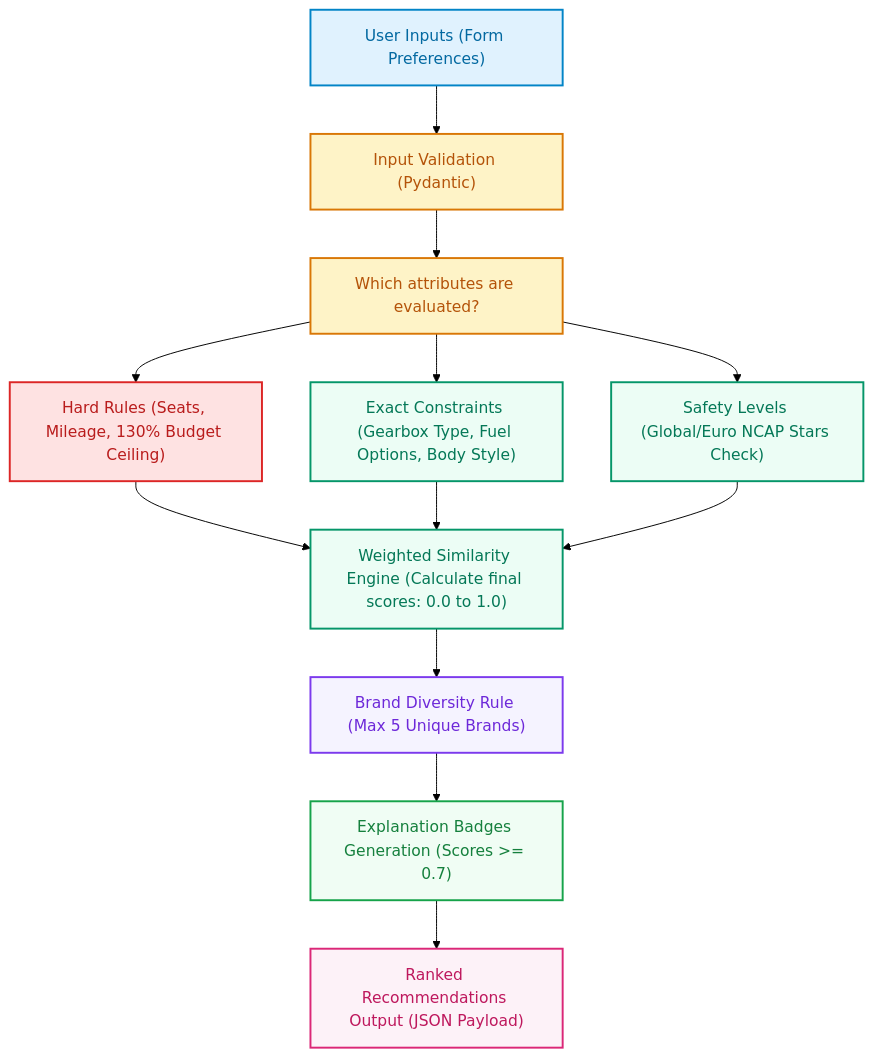
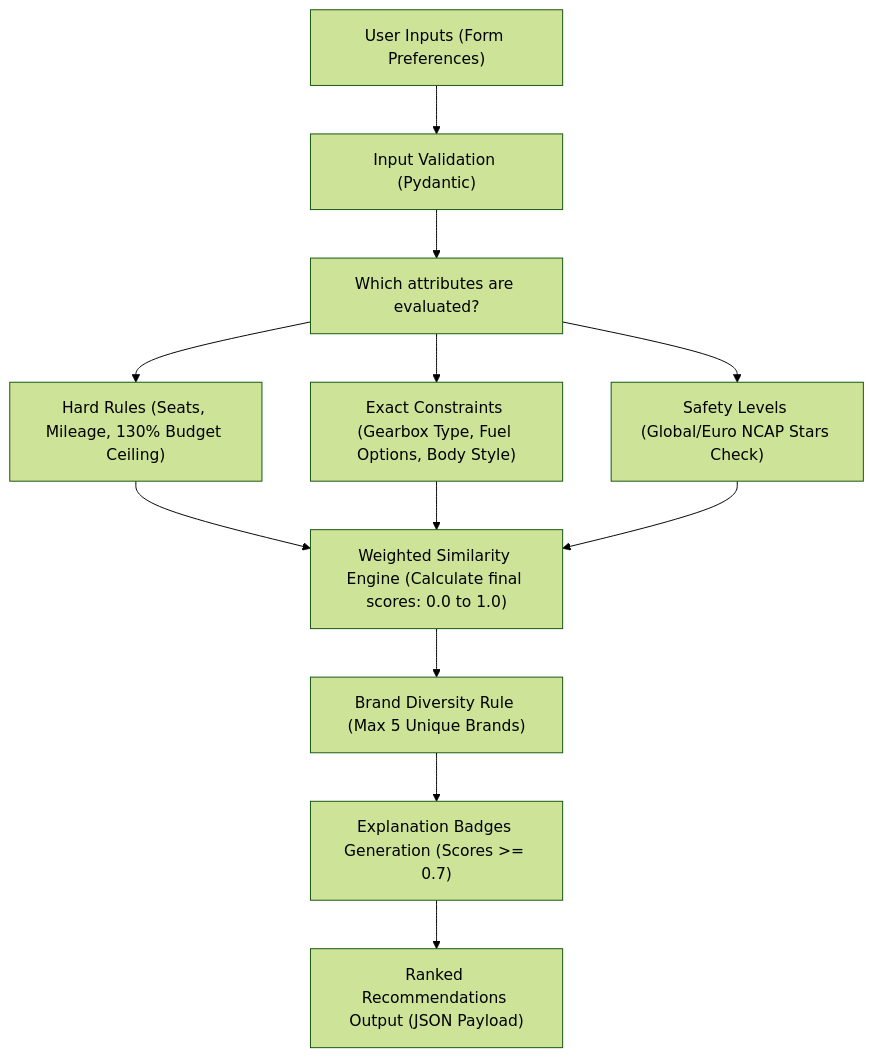
One commit to sakalyeakshat/Smart-Car-recommendation-system changed the first of 2 diagrams in README.md. Above: the diagram before and after it, drawn with Mermaid (forest theme). The commit also changed other lines of this file and 2 other files, not shown here.

Commit message:
final submission setup, doc folder restructuring, and ui styling updates

````diff
--- a/README.md
+++ b/README.md
@@ -209,25 +209,17 @@
 ```mermaid
 graph TD
-    classDef input fill:#e0f2fe,stroke:#0284c7,stroke-width:2px,color:#0369a1;
-    classDef process fill:#fef3c7,stroke:#d97706,stroke-width:2px,color:#b45309;
-    classDef filter fill:#fee2e2,stroke:#dc2626,stroke-width:2px,color:#b91c1c;
-    classDef score fill:#ecfdf5,stroke:#059669,stroke-width:2px,color:#047857;
-    classDef diversity fill:#f5f3ff,stroke:#7c3aed,stroke-width:2px,color:#6d28d9;
-    classDef badges fill:#f0fdf4,stroke:#16a34a,stroke-width:2px,color:#15803d;
-    classDef output fill:#fdf2f8,stroke:#db2777,stroke-width:2px,color:#be185d;
-
-    A["User Inputs (Form Preferences)"]:::input --> B["Input Validation (Pydantic)"]:::process
-    B --> C["Which attributes are evaluated?"]:::process
+    A["User Inputs (Form Preferences)"] --> B["Input Validation (Pydantic)"]
+    B --> C["Which attributes are evaluated?"]
     
-    C --> D["Hard Rules (Seats, Mileage, 130% Budget Ceiling)"]:::filter
-    C --> E["Exact Constraints (Gearbox Type, Fuel Options, Body Style)"]:::score
-    C --> F["Safety Levels (Global/Euro NCAP Stars Check)"]:::score
+    C --> D["Hard Rules (Seats, Mileage, 130% Budget Ceiling)"]
+    C --> E["Exact Constraints (Gearbox Type, Fuel Options, Body Style)"]
+    C --> F["Safety Levels (Global/Euro NCAP Stars Check)"]
     
-    D --> G["Weighted Similarity Engine (Calculate final scores: 0.0 to 1.0)"]:::score
+    D --> G["Weighted Similarity Engine (Calculate final scores: 0.0 to 1.0)"]
     E --> G
     F --> G
     
-    G --> H["Brand Diversity Rule (Max 5 Unique Brands)"]:::diversity
-    H --> I["Explanation Badges Generation (Scores >= 0.7)"]:::badges
-    I --> J["Ranked Recommendations Output (JSON Payload)"]:::output
+    G --> H["Brand Diversity Rule (Max 5 Unique Brands)"]
+    H --> I["Explanation Badges Generation (Scores >= 0.7)"]
+    I --> J["Ranked Recommendations Output (JSON Payload)"]
 ```
````
